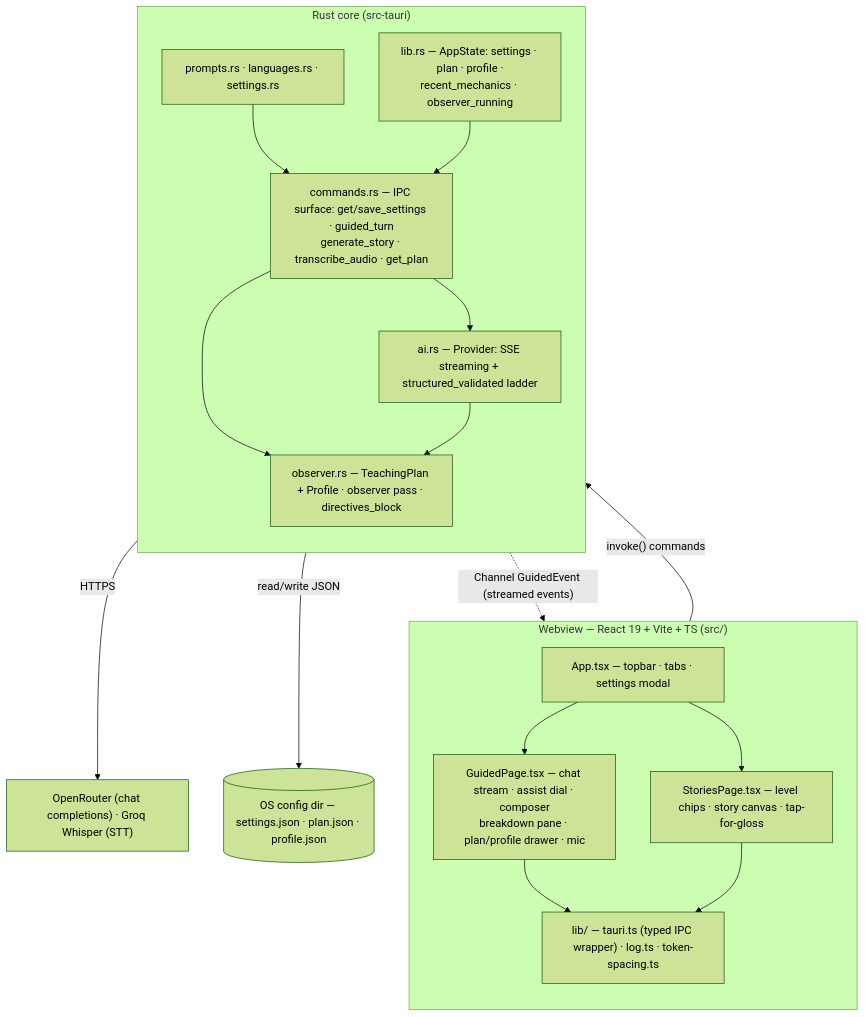
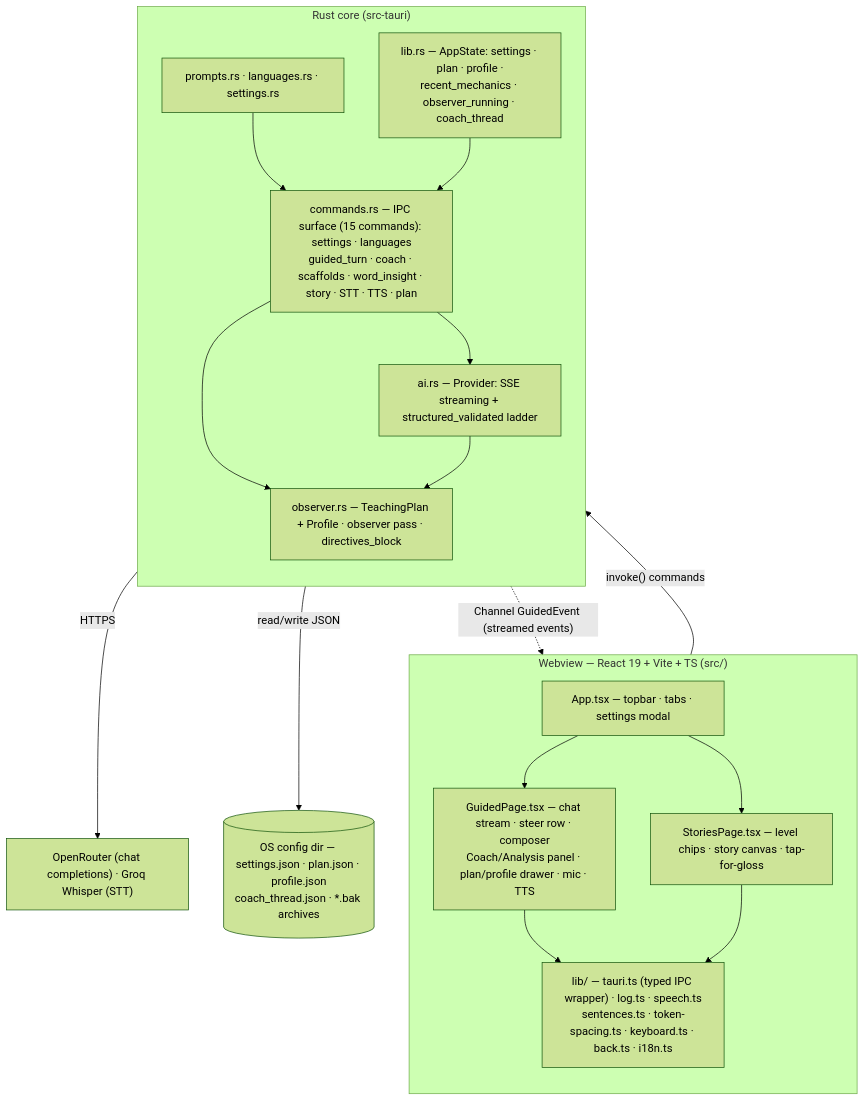
One commit to jonmatthis/glossa changed the first of 2 diagrams in glossa-docs/docs/architecture.md. Above: the diagram before and after it, drawn with Mermaid (forest theme). The commit also changed other lines of this file and 38 other files, not shown here.

````diff
--- a/glossa-docs/docs/architecture.md
+++ b/glossa-docs/docs/architecture.md
@@ -14,36 +14,36 @@
 ```mermaid
 flowchart TB
     subgraph WEB["Webview — React 19 + Vite + TS (src/)"]
         direction TB
         APP["App.tsx — topbar · tabs · settings modal"]
-        GUIDED["GuidedPage.tsx — chat stream · assist dial · composer<br/>breakdown pane · plan/profile drawer · mic"]
+        GUIDED["GuidedPage.tsx — chat stream · steer row · composer<br/>Coach/Analysis panel · plan/profile drawer · mic · TTS"]
         STORIES["StoriesPage.tsx — level chips · story canvas · tap-for-gloss"]
-        LIB["lib/ — tauri.ts (typed IPC wrapper) · log.ts · token-spacing.ts"]
+        LIB["lib/ — tauri.ts (typed IPC wrapper) · log.ts · speech.ts<br/>sentences.ts · token-spacing.ts · keyboard.ts · back.ts · i18n.ts"]
         APP --> GUIDED
         APP --> STORIES
         GUIDED --> LIB
         STORIES --> LIB
     end
 
     subgraph CORE["Rust core (src-tauri)"]
         direction TB
-        CMD["commands.rs — IPC surface: get/save_settings · guided_turn<br/>generate_story · transcribe_audio · get_plan"]
-        STATE["lib.rs — AppState: settings · plan · profile ·<br/>recent_mechanics · observer_running"]
+        CMD["commands.rs — IPC surface (15 commands): settings · languages<br/>guided_turn · coach · scaffolds · word_insight · story · STT · TTS · plan"]
+        STATE["lib.rs — AppState: settings · plan · profile ·<br/>recent_mechanics · observer_running · coach_thread"]
         AI["ai.rs — Provider: SSE streaming + structured_validated ladder"]
         OBS["observer.rs — TeachingPlan + Profile · observer pass · directives_block"]
         SUP["prompts.rs · languages.rs · settings.rs"]
         CMD --> AI
         CMD --> OBS
         AI --> OBS
         SUP --> CMD
         STATE --> CMD
     end
 
     NET["OpenRouter (chat completions) · Groq Whisper (STT)"]
-    DISK[("OS config dir — settings.json · plan.json · profile.json")]
+    DISK[("OS config dir — settings.json · plan.json · profile.json<br/>coach_thread.json · *.bak archives")]
 
     LIB -->|"invoke() commands"| CMD
     CMD -.->|"Channel GuidedEvent (streamed events)"| LIB
     AI -->|"HTTPS"| NET
     CMD -->|"read/write JSON"| DISK
 ```
````
